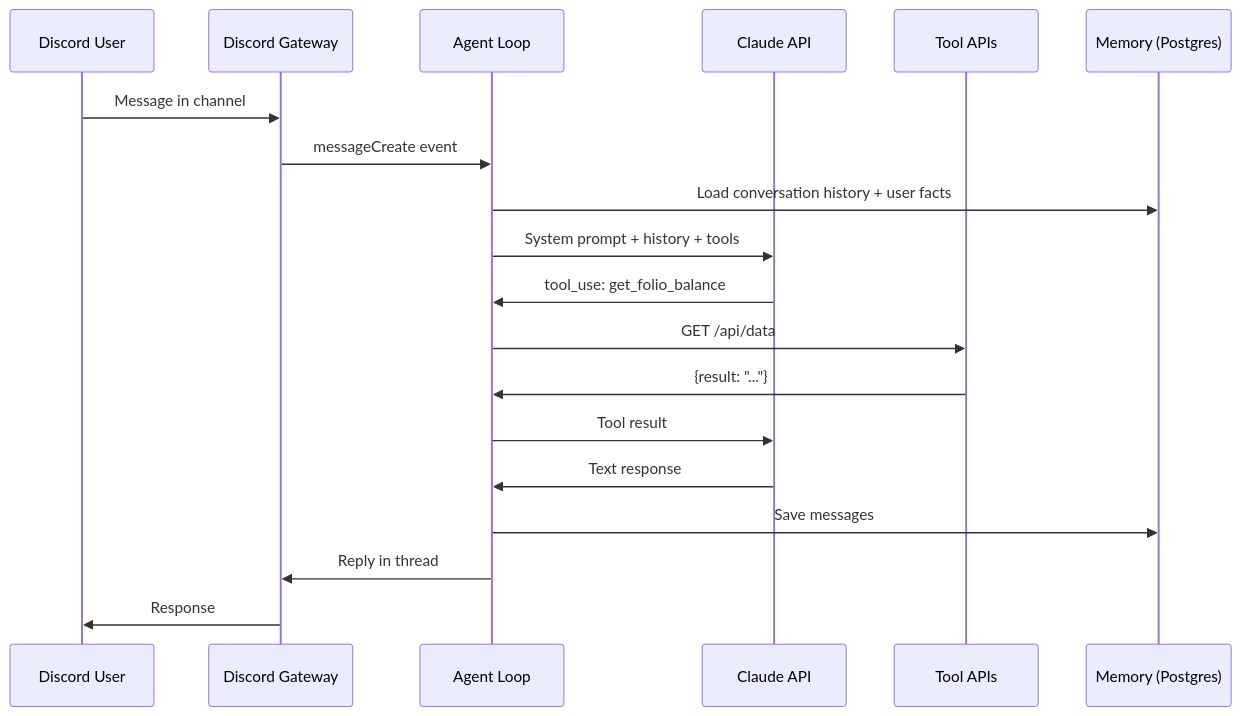
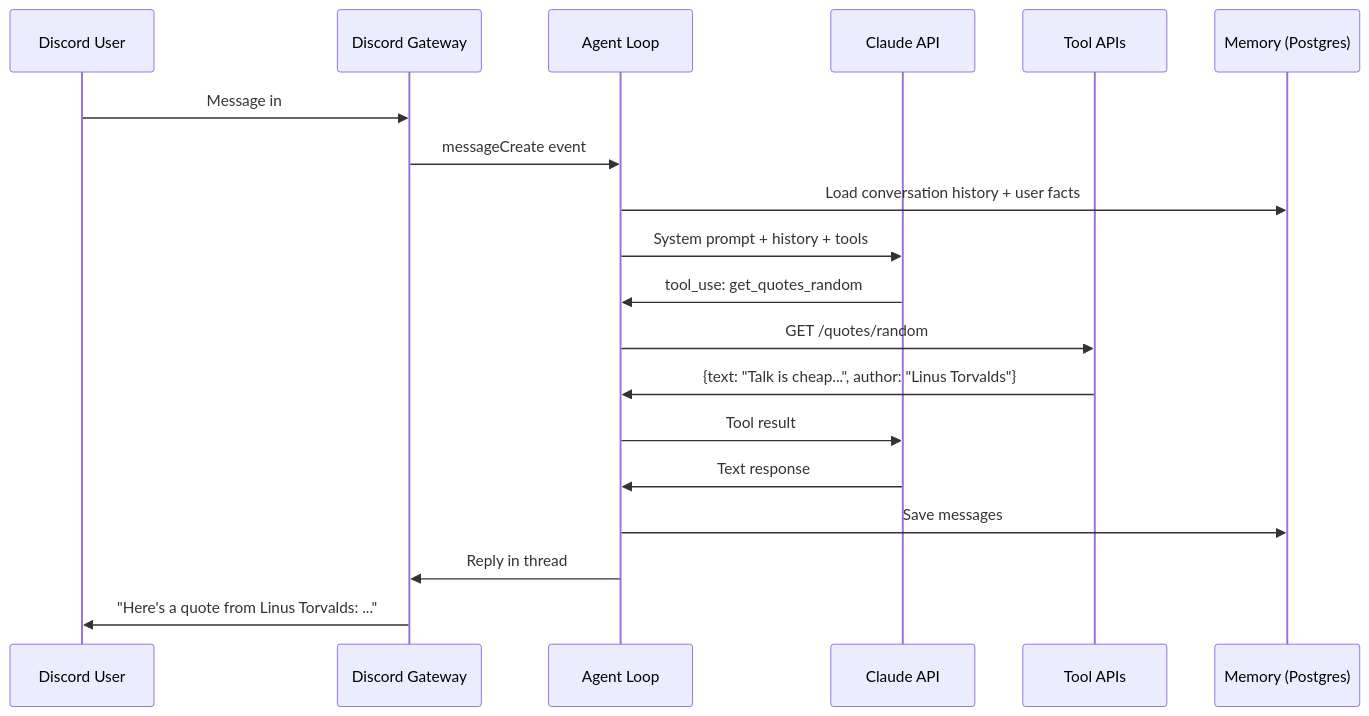
Before and after one commit to Stig-Johnny/automate-e: the diagram in docs/index.md, drawn with Mermaid.

Commit message:
fix: use Example-E quotes API in sequence diagram

````diff
--- a/docs/index.md
+++ b/docs/index.md
@@ -29,22 +29,22 @@
 ```mermaid
 sequenceDiagram
     participant U as Discord User
     participant G as Discord Gateway
     participant A as Agent Loop
     participant C as Claude API
     participant T as Tool APIs
     participant M as Memory (Postgres)
 
-    U->>G: Message in channel
+    U->>G: Message in #example-e
     G->>A: messageCreate event
     A->>M: Load conversation history + user facts
     A->>C: System prompt + history + tools
-    C->>A: tool_use: get_folio_balance
-    A->>T: GET /api/data
-    T->>A: {result: "..."}
+    C->>A: tool_use: get_quotes_random
+    A->>T: GET /quotes/random
+    T->>A: {text: "Talk is cheap...", author: "Linus Torvalds"}
     A->>C: Tool result
     C->>A: Text response
     A->>M: Save messages
     A->>G: Reply in thread
-    G->>U: Response
+    G->>U: "Here's a quote from Linus Torvalds: ..."
 ```
````
